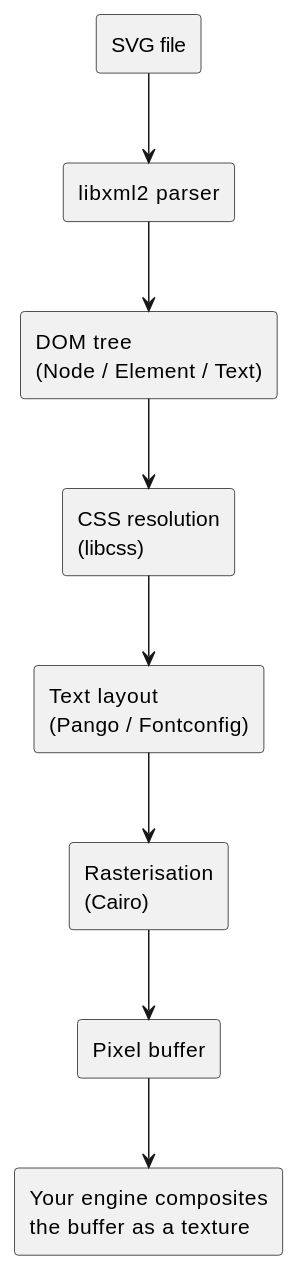
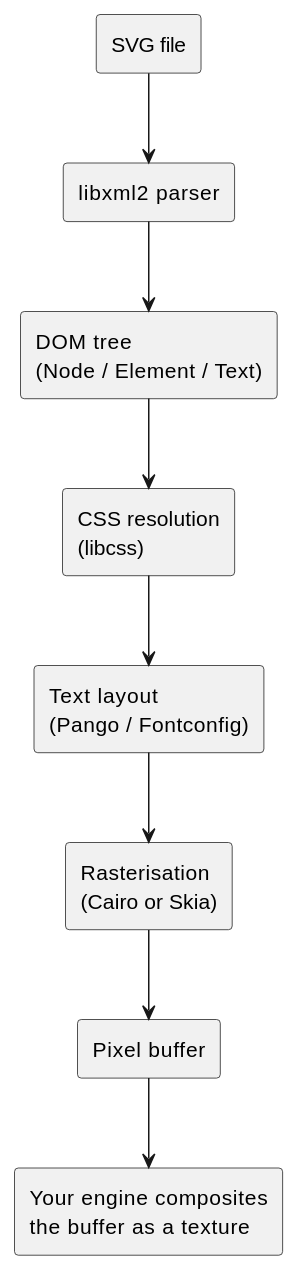
Before and after one commit to AeonGames/AeonGUI: the diagram in README.md, drawn with PlantUML. The commit also changed other lines of this file and 8 other files, not shown here.

````diff
--- a/README.md
+++ b/README.md
@@ -87,22 +90,22 @@
 ```plantuml
 @startuml
 top to bottom direction
 
 rectangle "SVG file" as svg
 rectangle "libxml2 parser" as parser
 rectangle "DOM tree\n(Node / Element / Text)" as dom
 rectangle "CSS resolution\n(libcss)" as css
 rectangle "Text layout\n(Pango / Fontconfig)" as text
-rectangle "Rasterisation\n(Cairo)" as raster
+rectangle "Rasterisation\n(Cairo or Skia)" as raster
 rectangle "Pixel buffer" as pixels
 rectangle "Your engine composites\nthe buffer as a texture" as engine
 
 svg --> parser
 parser --> dom
 dom --> css
 css --> text
 text --> raster
 raster --> pixels
 pixels --> engine
 @enduml
 ```
````
